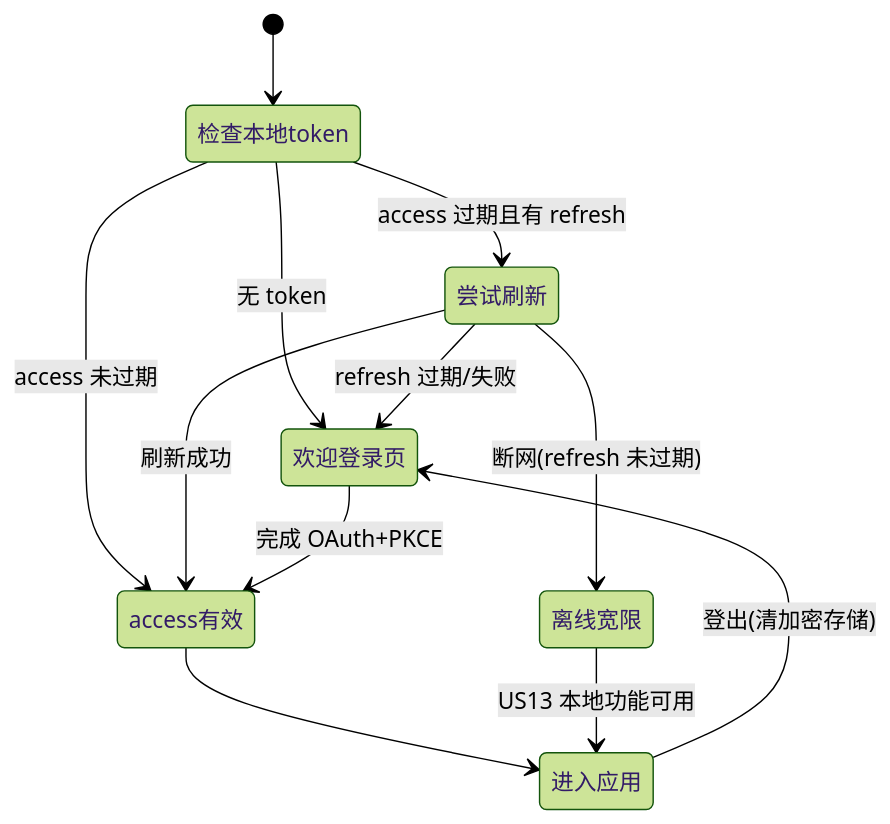
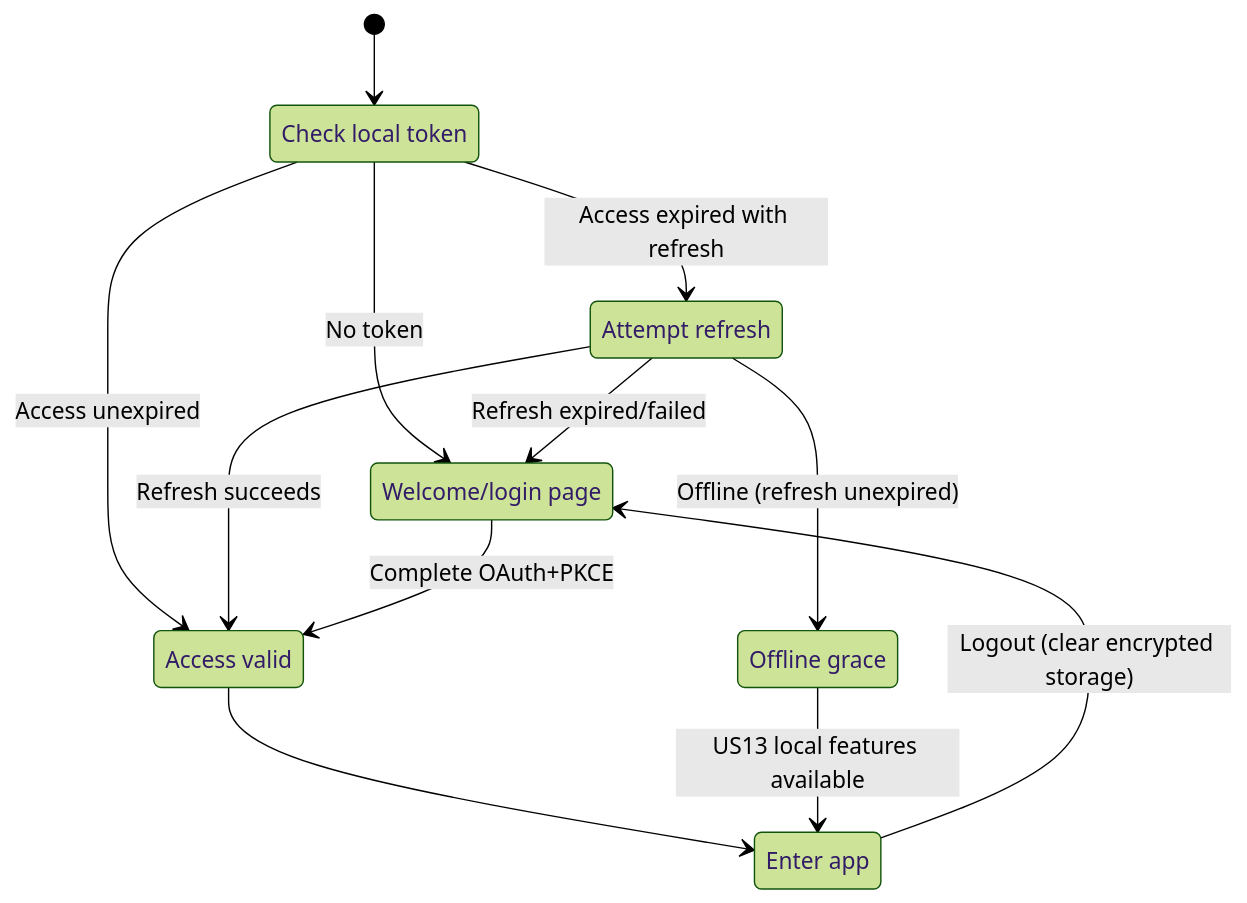
The fourth of 4 diagrams in docs/specs/0.3.0/account-oauth-arch-spec.md (SimmonJ-WYJ/tinker), drawn with Mermaid (forest theme) before and after one commit. The commit also changed other lines of this file and 216 other files, not shown here.

````diff
--- a/docs/specs/0.3.0/account-oauth-arch-spec.md
+++ b/docs/specs/0.3.0/account-oauth-arch-spec.md
@@ -130,16 +152,22 @@
 ```mermaid
 stateDiagram-v2
+    state "Check local token" as 检查本地token
+    state "Welcome/login page" as 欢迎登录页
+    state "Access valid" as access有效
+    state "Attempt refresh" as 尝试刷新
+    state "Offline grace" as 离线宽限
+    state "Enter app" as 进入应用
     [*] --> 检查本地token
-    检查本地token --> 欢迎登录页: 无 token
-    检查本地token --> access有效: access 未过期
-    检查本地token --> 尝试刷新: access 过期且有 refresh
+    检查本地token --> 欢迎登录页: No token
+    检查本地token --> access有效: Access unexpired
+    检查本地token --> 尝试刷新: Access expired with refresh
 
-    尝试刷新 --> access有效: 刷新成功
-    尝试刷新 --> 离线宽限: 断网(refresh 未过期)
-    尝试刷新 --> 欢迎登录页: refresh 过期/失败
+    尝试刷新 --> access有效: Refresh succeeds
+    尝试刷新 --> 离线宽限: Offline (refresh unexpired)
+    尝试刷新 --> 欢迎登录页: Refresh expired/failed
 
-    欢迎登录页 --> access有效: 完成 OAuth+PKCE
+    欢迎登录页 --> access有效: Complete OAuth+PKCE
     access有效 --> 进入应用
-    离线宽限 --> 进入应用: US13 本地功能可用
-    进入应用 --> 欢迎登录页: 登出(清加密存储)
+    离线宽限 --> 进入应用: US13 local features available
+    进入应用 --> 欢迎登录页: Logout (clear encrypted storage)
 ```
````
